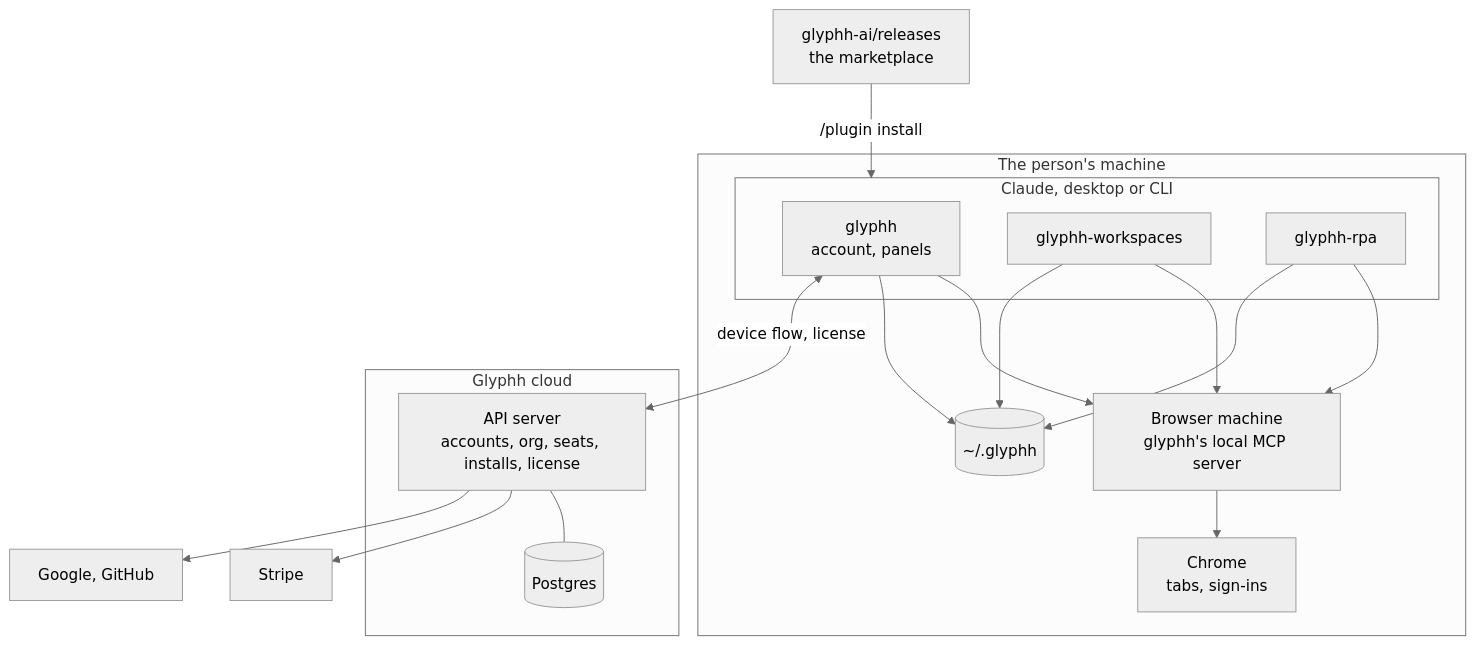
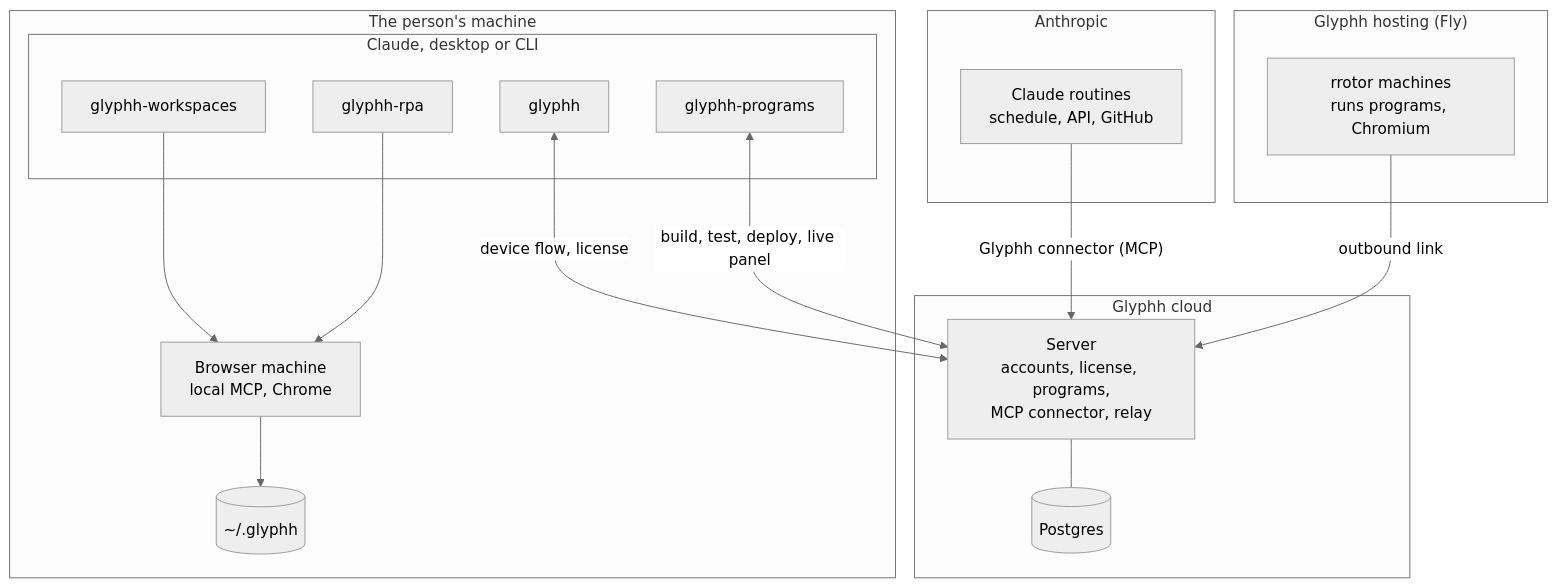
Before and after one commit to glyphh-ai/server: the first of 2 diagrams in docs/architecture.md, drawn with Mermaid (neutral theme). The commit also changed other lines of this file and 2 other files, not shown here.

First line of the commit message:
Architecture: rrotor runs deterministic Python programs; Claude and its routines call them (Chris, 2026-10-14)

````diff
--- a/docs/architecture.md
+++ b/docs/architecture.md
@@ -27,35 +26,35 @@
 ```mermaid
 flowchart TB
     subgraph Machine["The person's machine"]
         subgraph Claude["Claude, desktop or CLI"]
-            Base["glyphh<br/>account, panels"]
+            Base["glyphh"]
             WS["glyphh-workspaces"]
             RPA["glyphh-rpa"]
+            PR["glyphh-programs"]
         end
-        BM["Browser machine<br/>glyphh's local MCP server"]
-        Chrome["Chrome<br/>tabs, sign-ins"]
+        BM["Browser machine<br/>local MCP, Chrome"]
         Local[("~/.glyphh")]
-        Base --> BM
         WS --> BM
         RPA --> BM
-        BM --> Chrome
-        Base --> Local
-        WS --> Local
-        RPA --> Local
+        BM --> Local
+    end
+
+    subgraph Anthropic["Anthropic"]
+        Routine["Claude routines<br/>schedule, API, GitHub"]
     end
 
     subgraph Cloud["Glyphh cloud"]
-        API["API server<br/>accounts, org, seats, installs, license"]
+        API["Server<br/>accounts, license, programs,<br/>MCP connector, relay"]
         DB[("Postgres")]
         API --- DB
     end
 
-    Market["glyphh-ai/releases<br/>the marketplace"]
-    Stripe["Stripe"]
-    SignIn["Google, GitHub"]
+    subgraph Fly["Glyphh hosting (Fly)"]
+        Rotor["rrotor machines<br/>runs programs, Chromium"]
+    end
 
     Base <-- "device flow, license" --> API
-    Market -- "/plugin install" --> Claude
-    API --> Stripe
-    API --> SignIn
+    PR <-- "build, test, deploy, live panel" --> API
+    Routine -- "Glyphh connector (MCP)" --> API
+    Rotor -- "outbound link" --> API
 ```
````
